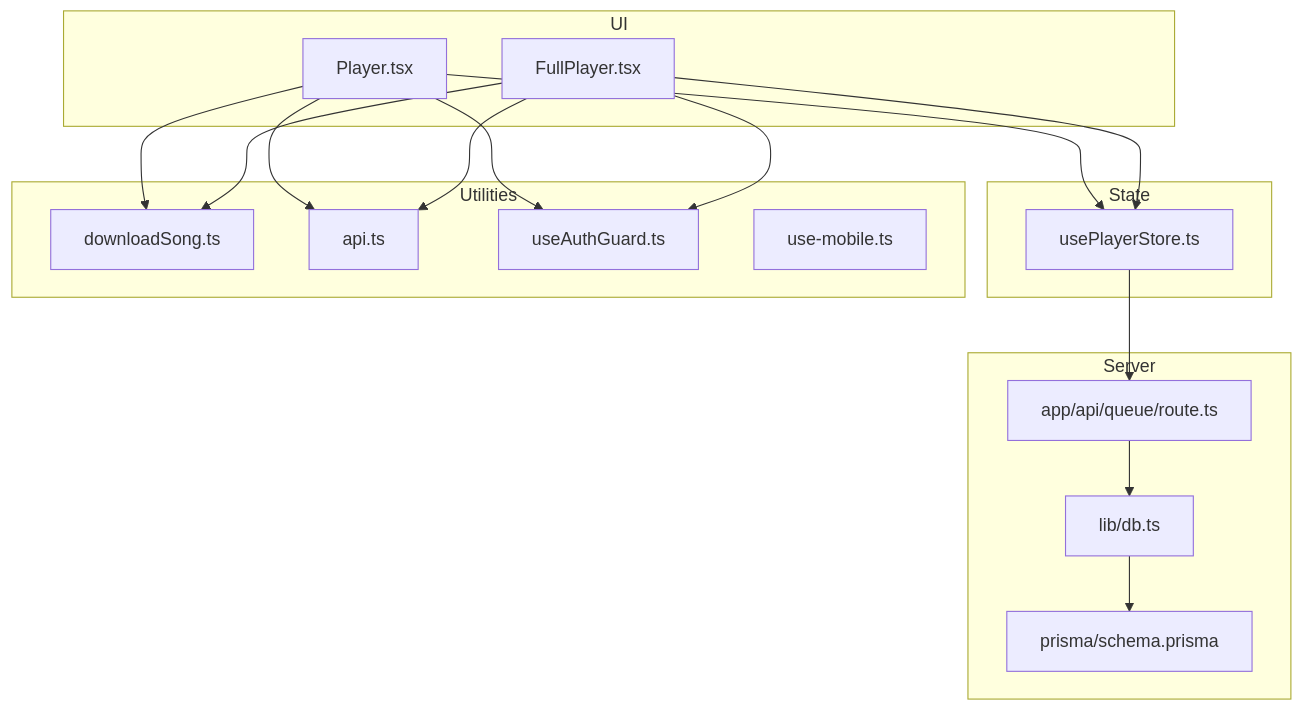
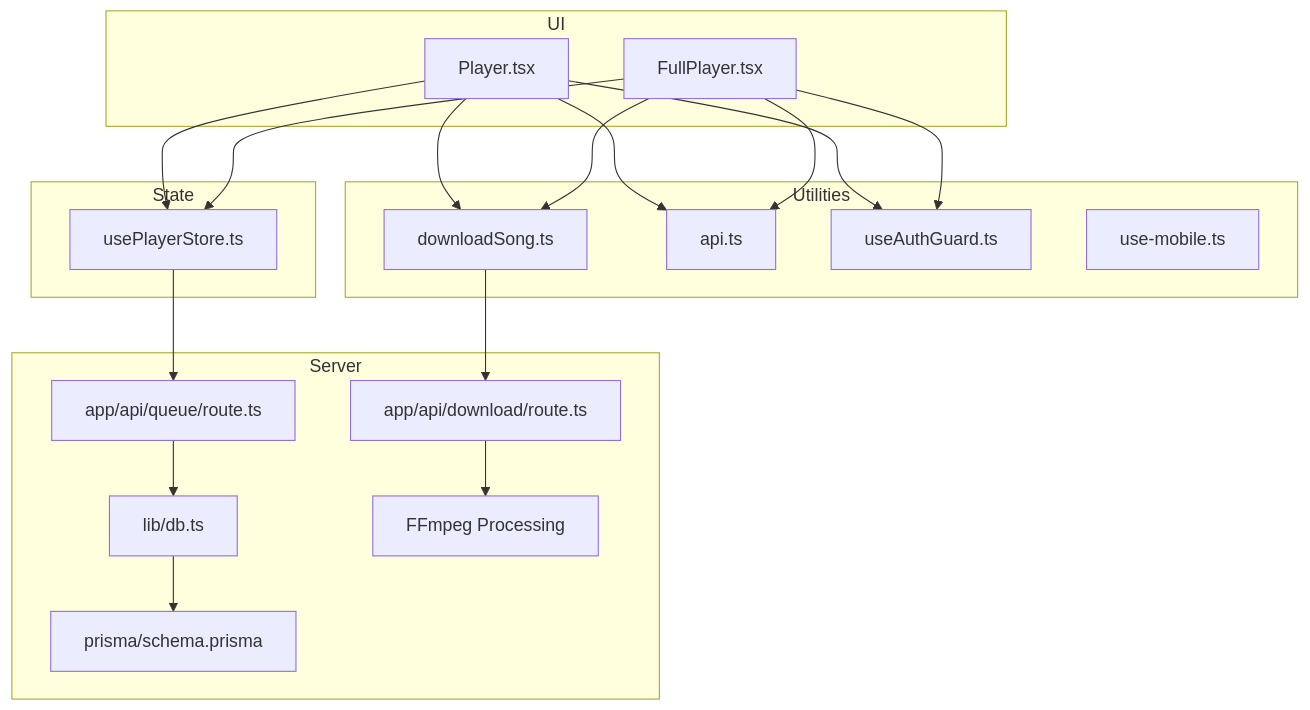
One commit to moindestiny/SonicStream changed the first of 9 diagrams in .qoder/repowiki/en/content/Core Features/Audio Player.md. Above: the diagram before and after it, drawn with Mermaid. The commit also changed other lines of this file and 12 other files, not shown here.

````diff
--- a/.qoder/repowiki/en/content/Core Features/Audio Player.md
+++ b/.qoder/repowiki/en/content/Core Features/Audio Player.md
@@ -38,32 +49,36 @@
 ```mermaid
 graph TB
 subgraph "UI"
 P["Player.tsx"]
 FP["FullPlayer.tsx"]
 end
 subgraph "State"
 ZS["usePlayerStore.ts"]
 end
 subgraph "Utilities"
 DS["downloadSong.ts"]
 API["api.ts"]
 GA["useAuthGuard.ts"]
 UM["use-mobile.ts"]
 end
 subgraph "Server"
 QAPI["app/api/queue/route.ts"]
+DAPI["app/api/download/route.ts"]
 PRISMA["prisma/schema.prisma"]
 DB["lib/db.ts"]
+FFMPEG["FFmpeg Processing"]
 end
 P --> ZS
 FP --> ZS
 P --> DS
 FP --> DS
 P --> GA
 FP --> GA
 P --> API
 FP --> API
 ZS --> QAPI
 QAPI --> DB
 DB --> PRISMA
+DS --> DAPI
+DAPI --> FFMPEG
 ```
````
